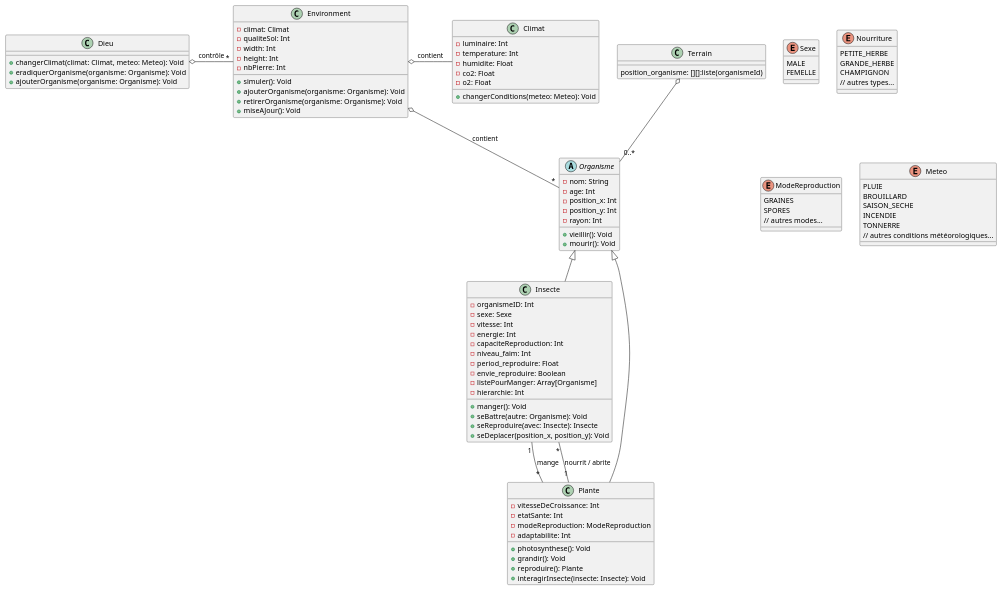
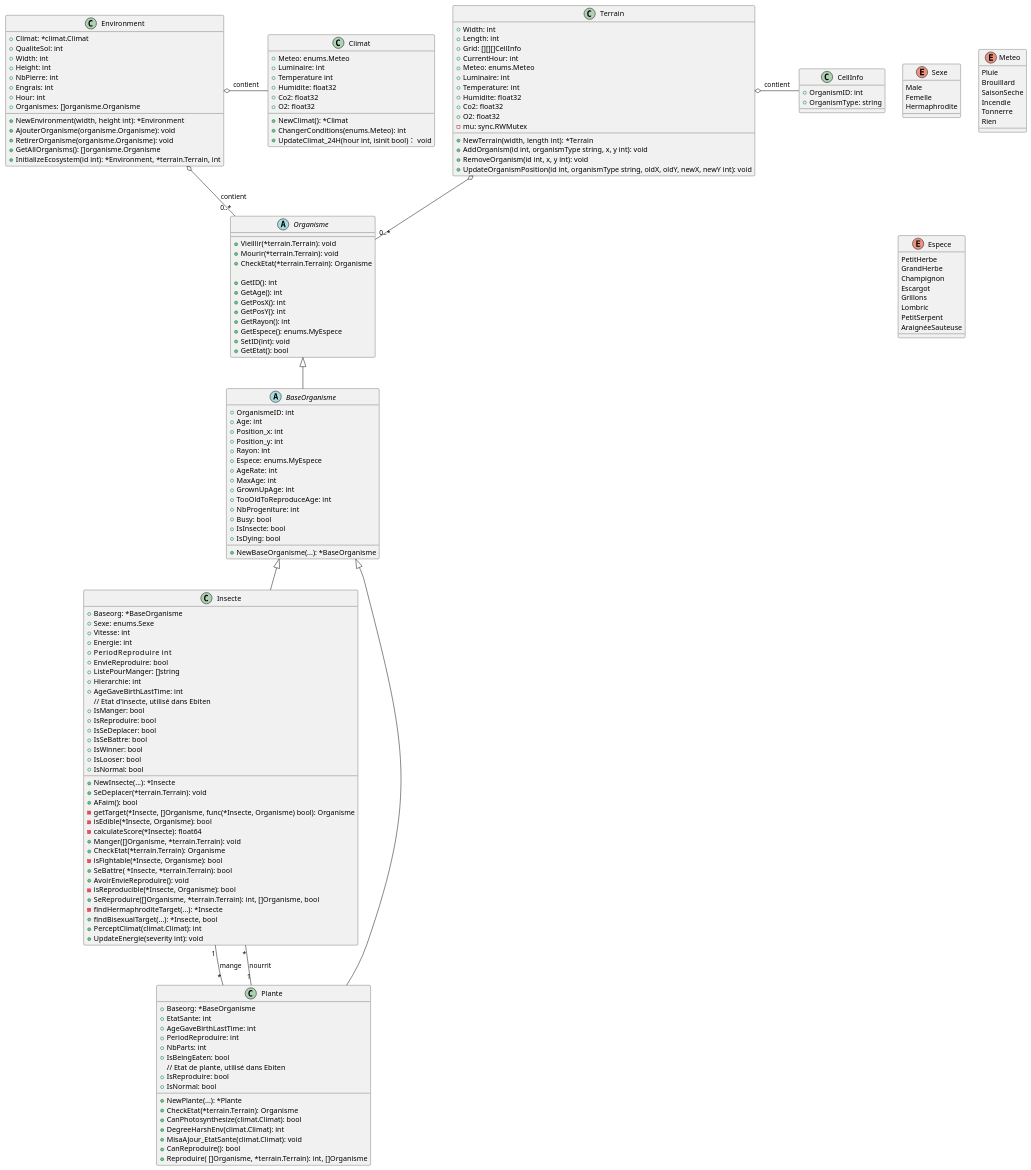
The diagram in vivarium_uml.puml (Sandrineavida/Vivarium_Multi-Agent_Golang), drawn with PlantUML before and after one commit. The commit also changed 2 other files, not shown here.

```diff
--- a/vivarium_uml.puml
+++ b/vivarium_uml.puml
@@ -1,106 +1,178 @@
 @startuml
 
 abstract class Organisme {
-   - nom: String
-   - age: Int
-   - position_x: Int
-   - position_y: Int
-   - rayon: Int
-   + vieillir(): Void
-   + mourir(): Void
+   + Vieillir(*terrain.Terrain): void
+   + Mourir(*terrain.Terrain): void
+   + CheckEtat(*terrain.Terrain): Organisme
+
+   + GetID(): int
+   + GetAge(): int
+   + GetPosX(): int
+   + GetPosY(): int
+   + GetRayon(): int
+   + GetEspece(): enums.MyEspece
+   + SetID(int): void
+   + GetEtat(): bool
 }
 
-class Insecte extends Organisme {
-   - organismeID: Int
-   - sexe: Sexe
-   - vitesse: Int
-   - energie: Int
-   - capaciteReproduction: Int
-   - niveau_faim: Int
-   - period_reproduire: Float
-   - envie_reproduire: Boolean
-   - listePourManger: Array[Organisme]
-   - hierarchie: Int
-   + manger(): Void
-   + seBattre(autre: Organisme): Void
-   + seReproduire(avec: Insecte): Insecte
-   + seDeplacer(position_x, position_y): Void
+abstract class BaseOrganisme extends Organisme{
+   + OrganismeID: int
+   + Age: int
+   + Position_x: int
+   + Position_y: int
+   + Rayon: int
+   + Espece: enums.MyEspece
+   + AgeRate: int
+   + MaxAge: int
+   + GrownUpAge: int
+   + TooOldToReproduceAge: int
+   + NbProgeniture: int
+   + Busy: bool
+   + IsInsecte: bool
+   + IsDying: bool
+   + NewBaseOrganisme(...): *BaseOrganisme
 }
 
-class Plante extends Organisme {
-   - vitesseDeCroissance: Int
-   - etatSante: Int
-   - modeReproduction: ModeReproduction
-   - adaptabilite: Int
-   + photosynthese(): Void
-   + grandir(): Void
-   + reproduire(): Plante
-   + interagirInsecte(insecte: Insecte): Void
+class Insecte extends BaseOrganisme {
+   + Baseorg: *BaseOrganisme
+	+ Sexe: enums.Sexe
+	+ Vitesse: int
+	+ Energie: int
+	+ PeriodReproduire     int
+	+ EnvieReproduire: bool
+	+ ListePourManger: []string
+	+ Hierarchie: int
+	+ AgeGaveBirthLastTime: int
+// Etat d'insecte, utilisé dans Ebiten
+   + IsManger: bool
+	+ IsReproduire: bool
+	+ IsSeDeplacer: bool
+	+ IsSeBattre: bool
+	+ IsWinner: bool
+	+ IsLooser: bool
+	+ IsNormal: bool
+   + NewInsecte(...): *Insecte
+   + SeDeplacer(*terrain.Terrain): void
+   + AFaim(): bool
+   - getTarget(*Insecte, []Organisme, func(*Insecte, Organisme) bool): Organisme
+   - isEdible(*Insecte, Organisme): bool
+   - calculateScore(*Insecte): float64
+   + Manger([]Organisme, *terrain.Terrain): void
+   + CheckEtat(*terrain.Terrain): Organisme
+   - isFightable(*Insecte, Organisme): bool
+   + SeBattre( *Insecte, *terrain.Terrain): bool
+   + AvoirEnvieReproduire(): void
+   - isReproducible(*Insecte, Organisme): bool
+   + SeReproduire([]Organisme, *terrain.Terrain): int, []Organisme, bool
+   - findHermaphroditeTarget(...): *Insecte
+   + findBisexualTarget(...): *Insecte, bool
+   + PerceptClimat(climat.Climat): int
+   + UpdateEnergie(severity int): void
+}
+
+class Plante extends BaseOrganisme {
+   + Baseorg: *BaseOrganisme
+	+ EtatSante: int
+	+ AgeGaveBirthLastTime: int
+	+ PeriodReproduire: int
+	+ NbParts: int 
+	+ IsBeingEaten: bool 
+// Etat de plante, utilisé dans Ebiten
+	+ IsReproduire: bool
+	+ IsNormal: bool
+   + NewPlante(...): *Plante
+   + CheckEtat(*terrain.Terrain): Organisme
+   + CanPhotosynthesize(climat.Climat): bool
+   + DegreeHarshEnv(climat.Climat): int
+   + MisaAJour_EtatSante(climat.Climat): void
+   + CanReproduire(): bool
+   + Reproduire( []Organisme, *terrain.Terrain): int, []Organisme
 }
 
 enum Sexe {
-   MALE
-   FEMELLE
-}
-
-enum Nourriture {
-   PETITE_HERBE
-   GRANDE_HERBE
-   CHAMPIGNON
-   // autres types...
-}
-
-enum ModeReproduction {
-   GRAINES
-   SPORES
-   // autres modes...
-}
-
-class Climat {
-   - luminaire: Int
-   - temperature: Int
-   - humidite: Float
-   - co2: Float
-   - o2: Float
-   + changerConditions(meteo: Meteo): Void
-}
-
-class Dieu {
-   + changerClimat(climat: Climat, meteo: Meteo): Void
-   + eradiquerOrganisme(organisme: Organisme): Void
-   + ajouterOrganisme(organisme: Organisme): Void
-}
-
-class Environment {
-   - climat: Climat
-   - qualiteSol: Int
-   - width: Int
-   - height: Int
-   - nbPierre: Int
-   + simuler(): Void
-   + ajouterOrganisme(organisme: Organisme): Void
-   + retirerOrganisme(organisme: Organisme): Void
-   + miseAJour(): Void
+   Male
+   Femelle
+   Hermaphrodite
 }
 
 enum Meteo {
-   PLUIE
-   BROUILLARD
-   SAISON_SECHE
-   INCENDIE
-   TONNERRE
-   // autres conditions météorologiques...
+   Pluie
+   Brouillard
+   SaisonSeche
+   Incendie
+   Tonnerre
+   Rien
+}
+
+enum Espece {
+   PetitHerbe 
+	GrandHerbe
+	Champignon
+	Escargot
+	Grillons
+	Lombric
+	PetitSerpent
+	AraignéeSauteuse
+}
+
+
+class Climat {
+   + Meteo: enums.Meteo
+	+ Luminaire: int   
+	+ Temperature int 
+	+ Humidite: float32 
+	+ Co2: float32 
+	+ O2: float32
+   + NewClimat(): *Climat
+   + ChangerConditions(enums.Meteo): int
+   + UpdateClimat_24H(hour int, isinit bool)： void
+}
+
+
+class Environment {
+   + Climat: *climat.Climat
+	+ QualiteSol: int
+	+ Width: int
+	+ Height: int
+	+ NbPierre: int
+	+ Engrais: int
+	+ Hour: int
+	+ Organismes: []organisme.Organisme
+   + NewEnvironment(width, height int): *Environment
+   + AjouterOrganisme(organisme.Organisme): void
+   + RetirerOrganisme(organisme.Organisme): void
+   + GetAllOrganisms(): []organisme.Organisme
+   + InitializeEcosystem(id int): *Environment, *terrain.Terrain, int
+}
+
+class CellInfo {
+   + OrganismID: int
+   + OrganismType: string
 }
 
 class Terrain {
-    position_organisme: [][]:liste(organismeId)
+   + Width: int
+   + Length: int
+	+ Grid: [][][]CellInfo
+	+ CurrentHour: int
+	+ Meteo: enums.Meteo
+	+ Luminaire: int
+	+ Temperature: int
+	+ Humidite: float32
+	+ Co2: float32
+	+ O2: float32
+	- mu: sync.RWMutex
+   + NewTerrain(width, length int): *Terrain
+   + AddOrganism(id int, organismType string, x, y int): void
+   + RemoveOrganism(id int, x, y int): void
+   + UpdateOrganismPosition(id int, organismType string, oldX, oldY, newX, newY int): void
 }
 
 Insecte "1" -- "*" Plante : mange
-Plante "1" -- "*" Insecte : nourrit / abrite
-Dieu o- "*" Environment : contrôle
+Plante "1" -- "*" Insecte : nourrit 
 Environment o- Climat : contient
-Environment o-- "*" Organisme : contient
+Environment o-- "0..*" Organisme : contient
 Terrain o-- "0..*" Organisme
+Terrain o- CellInfo : contient
 
 @enduml
```
